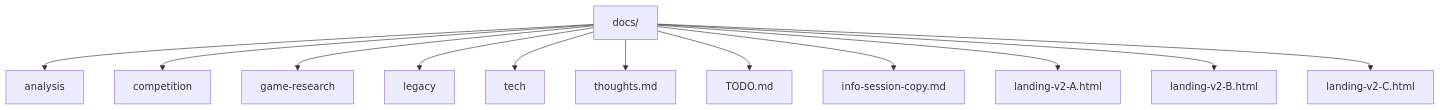
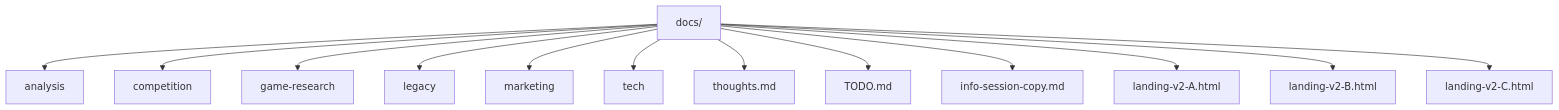
One commit to paideia-ai/axiia-cup changed the diagram in docs/index.md. Above: the diagram before and after it, drawn with Mermaid. The commit also changed other lines of this file and 30 other files, not shown here.

````diff
--- a/docs/index.md
+++ b/docs/index.md
@@ -23,15 +24,16 @@
 ```mermaid
 graph TD
     docs["docs/"]
     docs --> analysis
     docs --> competition
     docs --> game-research
     docs --> legacy
+    docs --> marketing
     docs --> tech
     docs --> thoughts["thoughts.md"]
     docs --> todo["TODO.md"]
     docs --> infosession["info-session-copy.md"]
     docs --> landingA["landing-v2-A.html"]
     docs --> landingB["landing-v2-B.html"]
     docs --> landingC["landing-v2-C.html"]
 ```
````
